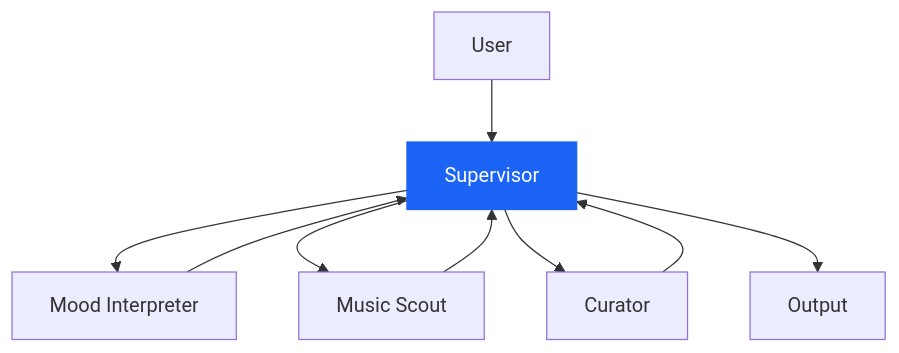
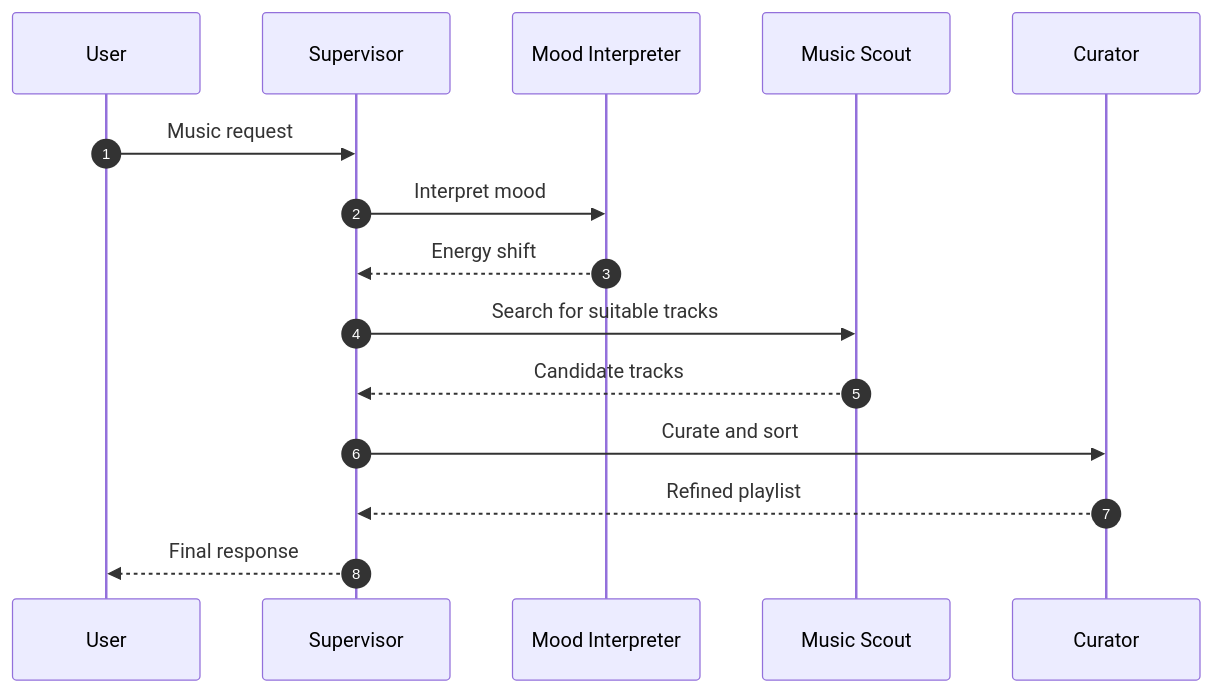
Before and after one commit to Rkomi98/MyBlog: the sixth of 9 diagrams in files/AI Engineering/Multiagent SOTA 2026_en.md, drawn with Mermaid. The commit also changed other lines of this file and 17 other files, not shown here.

````diff
--- a/files/AI Engineering/Multiagent SOTA 2026_en.md
+++ b/files/AI Engineering/Multiagent SOTA 2026_en.md
@@ -309,14 +327,18 @@
 ```mermaid
-flowchart TD
-    U[User] --> S[Supervisor]
-    S --> M[Mood Interpreter]
-    S --> SC[Music Scout]
-    S --> C[Curator]
-    M --> S
-    SC --> S
-    C --> S
-    S --> O[Output]
+sequenceDiagram
+    autonumber
+    participant U as User
+    participant S as Supervisor
+    participant M as Mood Interpreter
+    participant SC as Music Scout
+    participant C as Curator
 
-    classDef key fill:#1B64F5,stroke:#1B64F5,color:#fff;
-    class S key;
+    U->>S: Music request
+    S->>M: Interpret mood
+    M-->>S: Energy shift
+    S->>SC: Search for suitable tracks
+    SC-->>S: Candidate tracks
+    S->>C: Curate and sort
+    C-->>S: Refined playlist
+    S-->>U: Final response
 ```
````
